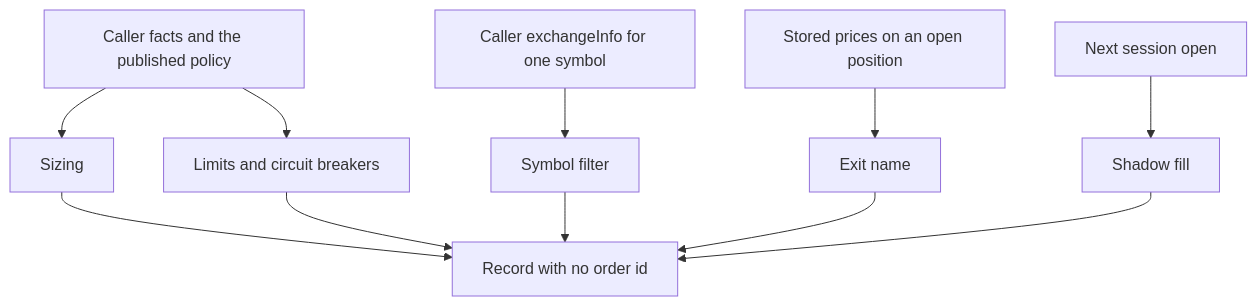
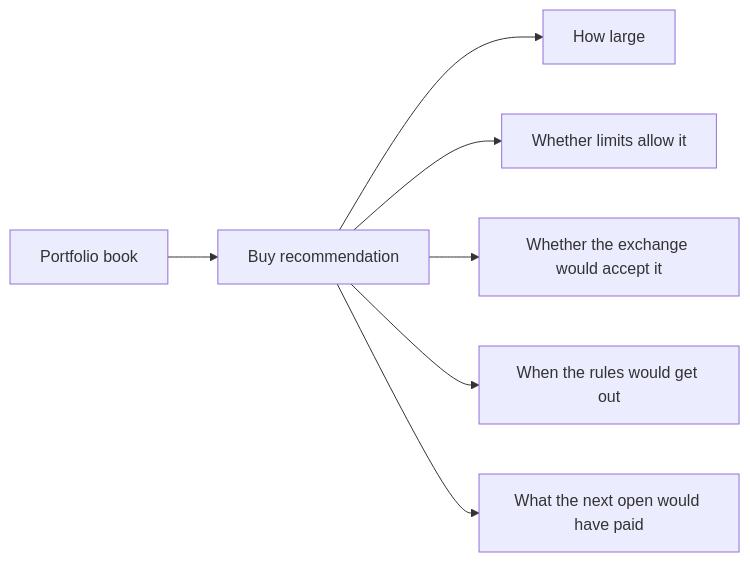
Before and after one commit to soworks/cripto-intelligence-platform: the second of 2 diagrams in README.md, drawn with Mermaid. The commit also changed other lines of this file and 1 other file, not shown here.

Commit message:
Explain the research book in plain language and keep the engine map with the architecture notes.

````diff
--- a/README.md
+++ b/README.md
@@ -134,13 +76,9 @@
 ```mermaid
-flowchart TD
-  facts["Caller facts and the published policy"] --> size["Sizing"]
-  facts --> limits["Limits and circuit breakers"]
-  info["Caller exchangeInfo for one symbol"] --> screen["Symbol filter"]
-  prices["Stored prices on an open position"] --> named["Exit name"]
-  nxt["Next session open"] --> fill["Shadow fill"]
-  size --> out["Record with no order id"]
-  limits --> out
-  screen --> out
-  named --> out
-  fill --> out
+flowchart LR
+  book["Portfolio book"] --> idea["Buy recommendation"]
+  idea --> size["How large"]
+  idea --> limits["Whether limits allow it"]
+  idea --> screen["Whether the exchange would accept it"]
+  idea --> exit["When the rules would get out"]
+  idea --> fill["What the next open would have paid"]
 ```
````
